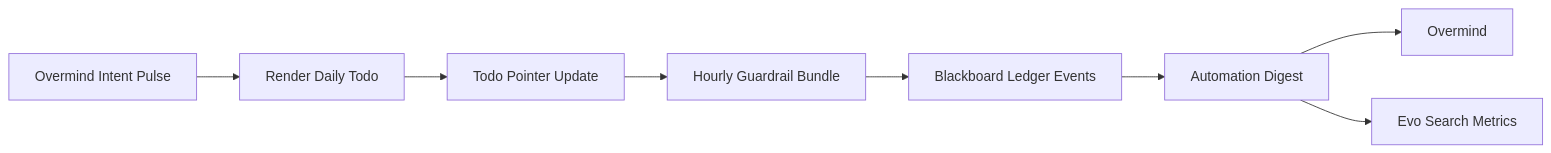
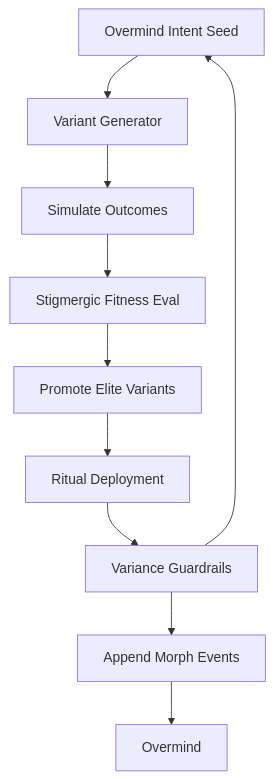
One commit to TTaoGaming/Hive-Fleet-Obsidian-2025 changed the first of 3 diagrams in hfo_gem/gen_6/original_gem.md. Above: the diagram before and after it, drawn with Mermaid. The commit also changed other lines of this file and 23 other files, not shown here.

````diff
--- a/hfo_gem/gen_6/original_gem.md
+++ b/hfo_gem/gen_6/original_gem.md
@@ -28,10 +30,12 @@
 ```mermaid
-flowchart LR
-    Intent[Overmind Intent Pulse] --> Render[Render Daily Todo]
-    Render --> Pointer[Todo Pointer Update]
-    Pointer --> Sweeps[Hourly Guardrail Bundle]
-    Sweeps --> Ledger[Blackboard Ledger Events]
-    Ledger --> Digest[Automation Digest]
-    Digest --> Overmind
-    Digest --> Evolutionary[Evo Search Metrics]
+flowchart TD
+    Intent[Overmind Intent Seed] --> Morph[Variant Generator]
+    Morph --> Sandbox[Simulate Outcomes]
+    Sandbox --> Score[Stigmergic Fitness Eval]
+    Score --> Select[Promote Elite Variants]
+    Select --> Propagate[Ritual Deployment]
+    Propagate --> Audit[Variance Guardrails]
+    Audit --> Ledger[Append Morph Events]
+    Ledger --> Overmind
+    Audit --> Intent
 ```
````
